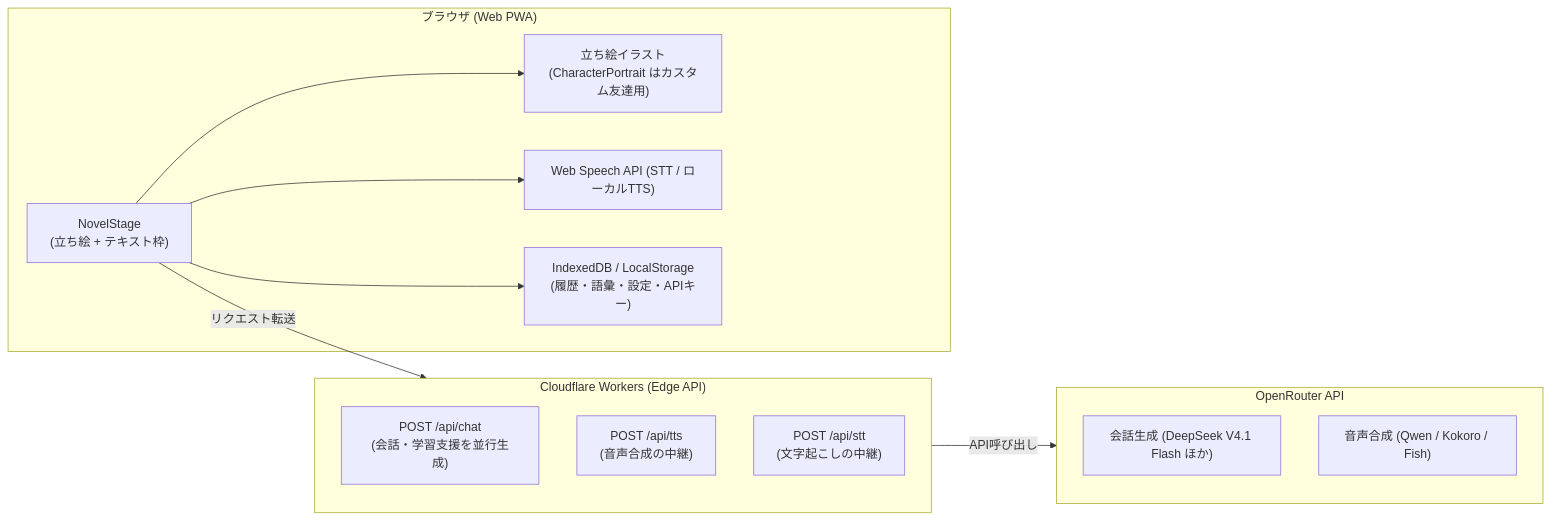
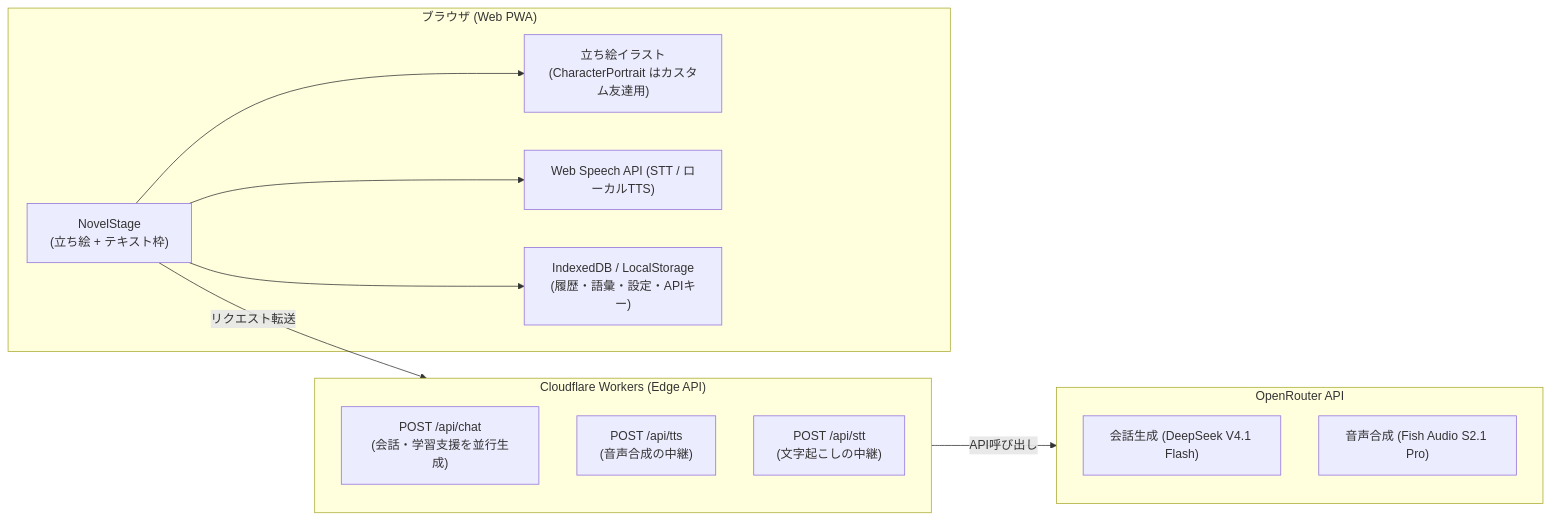
Before and after one commit to Satoshi-Hiramatsu/try-chinese: the diagram in README.md, drawn with Mermaid. The commit also changed other lines of this file and 3 other files, not shown here.

````diff
--- a/README.md
+++ b/README.md
@@ -288,26 +263,26 @@
 ```mermaid
 flowchart LR
     subgraph Client["ブラウザ (Web PWA)"]
         Stage["NovelStage<br>(立ち絵 + テキスト枠)"]
         Portrait["立ち絵イラスト<br>(CharacterPortrait はカスタム友達用)"]
         Speech["Web Speech API (STT / ローカルTTS)"]
         Storage["IndexedDB / LocalStorage<br>(履歴・語彙・設定・APIキー)"]
     end
 
     subgraph Server["Cloudflare Workers (Edge API)"]
         ChatRoute["POST /api/chat<br>(会話・学習支援を並行生成)"]
         TtsRoute["POST /api/tts<br>(音声合成の中継)"]
         SttRoute["POST /api/stt<br>(文字起こしの中継)"]
     end
 
     subgraph AI["OpenRouter API"]
-        LLM["会話生成 (DeepSeek V4.1 Flash ほか)"]
-        TTS["音声合成 (Qwen / Kokoro / Fish)"]
+        LLM["会話生成 (DeepSeek V4.1 Flash)"]
+        TTS["音声合成 (Fish Audio S2.1 Pro)"]
     end
 
     Stage --> Portrait
     Stage --> Storage
     Stage --> Speech
     Stage -->|リクエスト転送| Server
     Server -->|API呼び出し| AI
 ```
````
